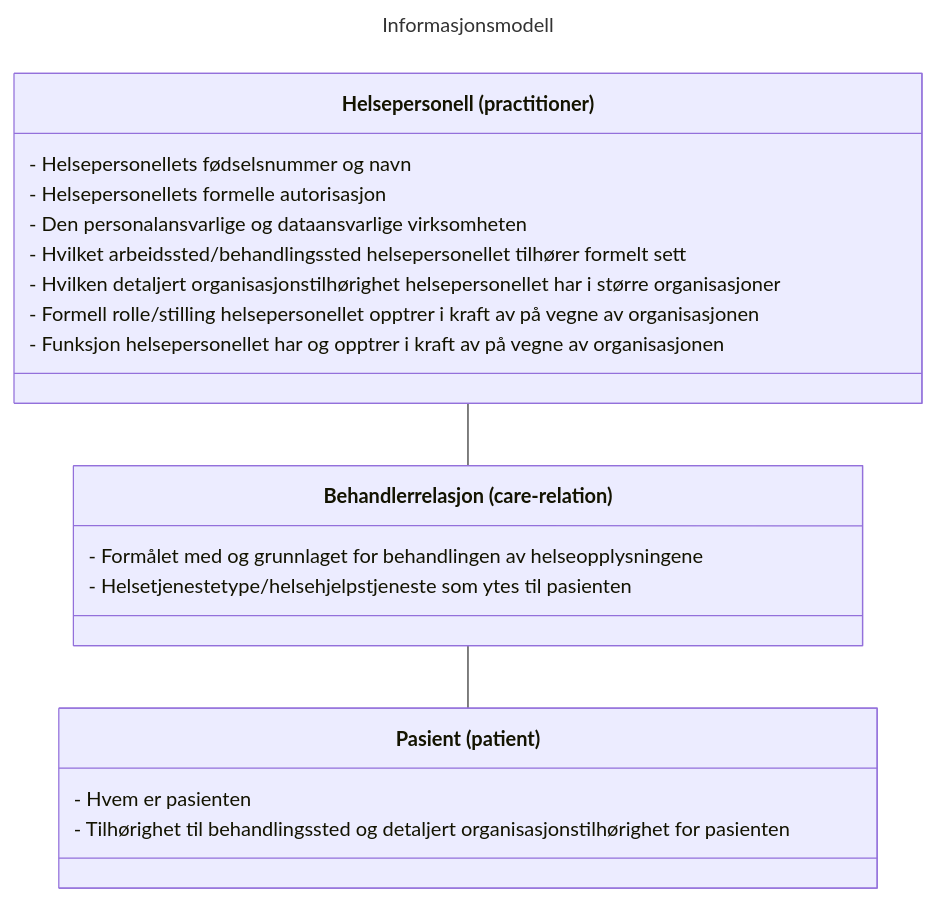
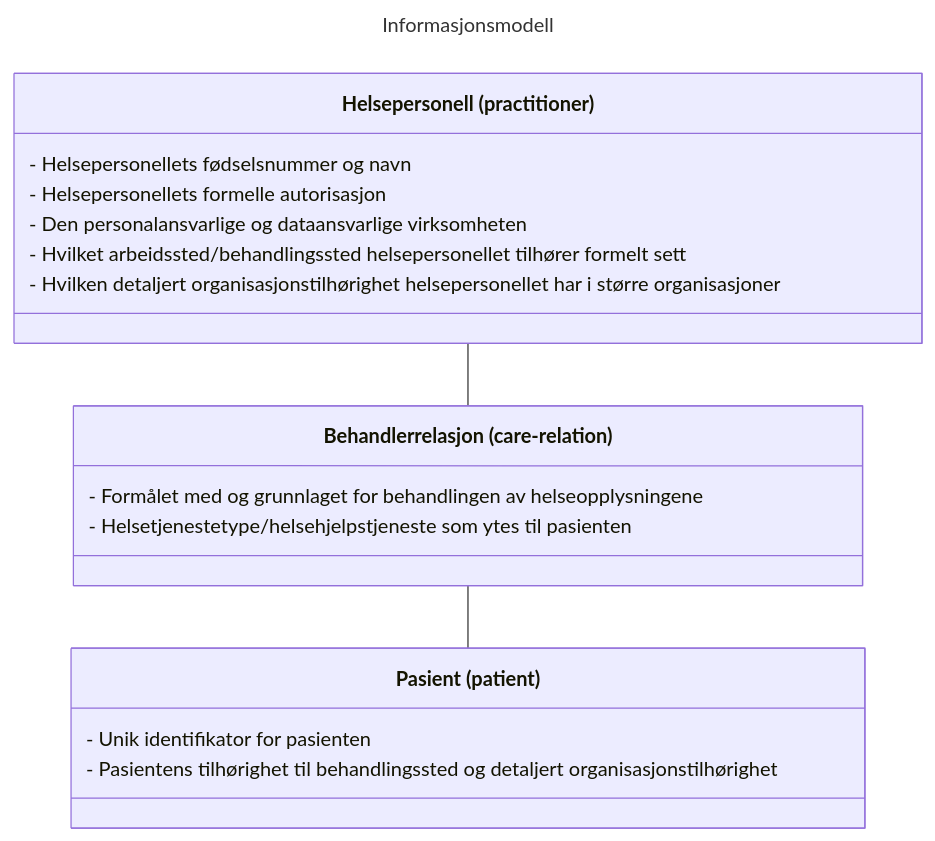
One commit to NorskHelsenett/Tillitsrammeverk changed the first of 3 diagrams in specs/informasjons_og_datamodell.md. Above: the diagram before and after it, drawn with Mermaid. The commit also changed other lines of this file, not shown here.

Commit message:
Update informasjons_og_datamodell.md
Issue: #140 + nitpick

````diff
--- a/specs/informasjons_og_datamodell.md
+++ b/specs/informasjons_og_datamodell.md
@@ -142,28 +143,26 @@
 ```mermaid
 ---
 title: Informasjonsmodell
 ---
 classDiagram
 	Practitioner -- CareRelation
 	CareRelation -- Patient
 
     class Practitioner["Helsepersonell (practitioner)"] {
 		- Helsepersonellets fødselsnummer og navn
 		- Helsepersonellets formelle autorisasjon
 		- Den personalansvarlige og dataansvarlige virksomheten
 		- Hvilket arbeidssted/behandlingssted helsepersonellet tilhører formelt sett
 		- Hvilken detaljert organisasjonstilhørighet helsepersonellet har i større organisasjoner
-		- Formell rolle/stilling helsepersonellet opptrer i kraft av på vegne av organisasjonen
-		- Funksjon helsepersonellet har og opptrer i kraft av på vegne av organisasjonen
     }
 
     class CareRelation["Behandlerrelasjon (care-relation)"] {
 		- Formålet med og grunnlaget for behandlingen av helseopplysningene
 		- Helsetjenestetype/helsehjelpstjeneste som ytes til pasienten
     }
     class Patient["Pasient (patient)"] {
-		- Hvem er pasienten
-		- Tilhørighet til behandlingssted og detaljert organisasjonstilhørighet for pasienten
+		- Unik identifikator for pasienten
+		- Pasientens tilhørighet til behandlingssted og detaljert organisasjonstilhørighet
     }
 
 ```
````
